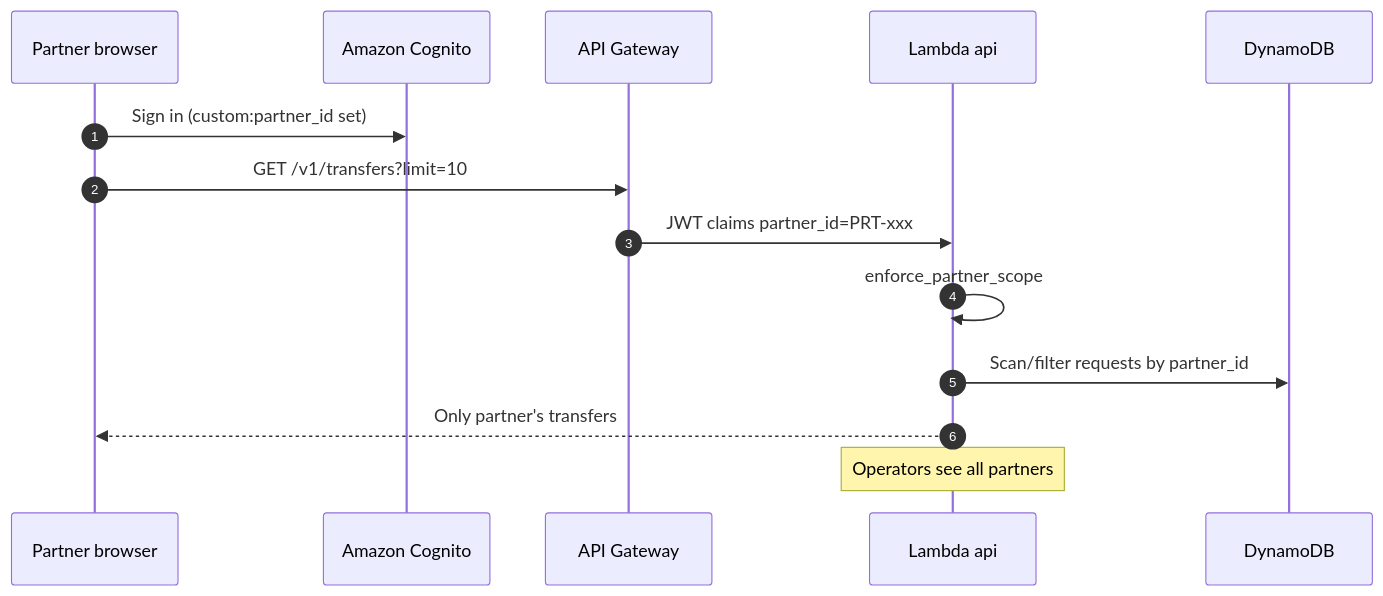
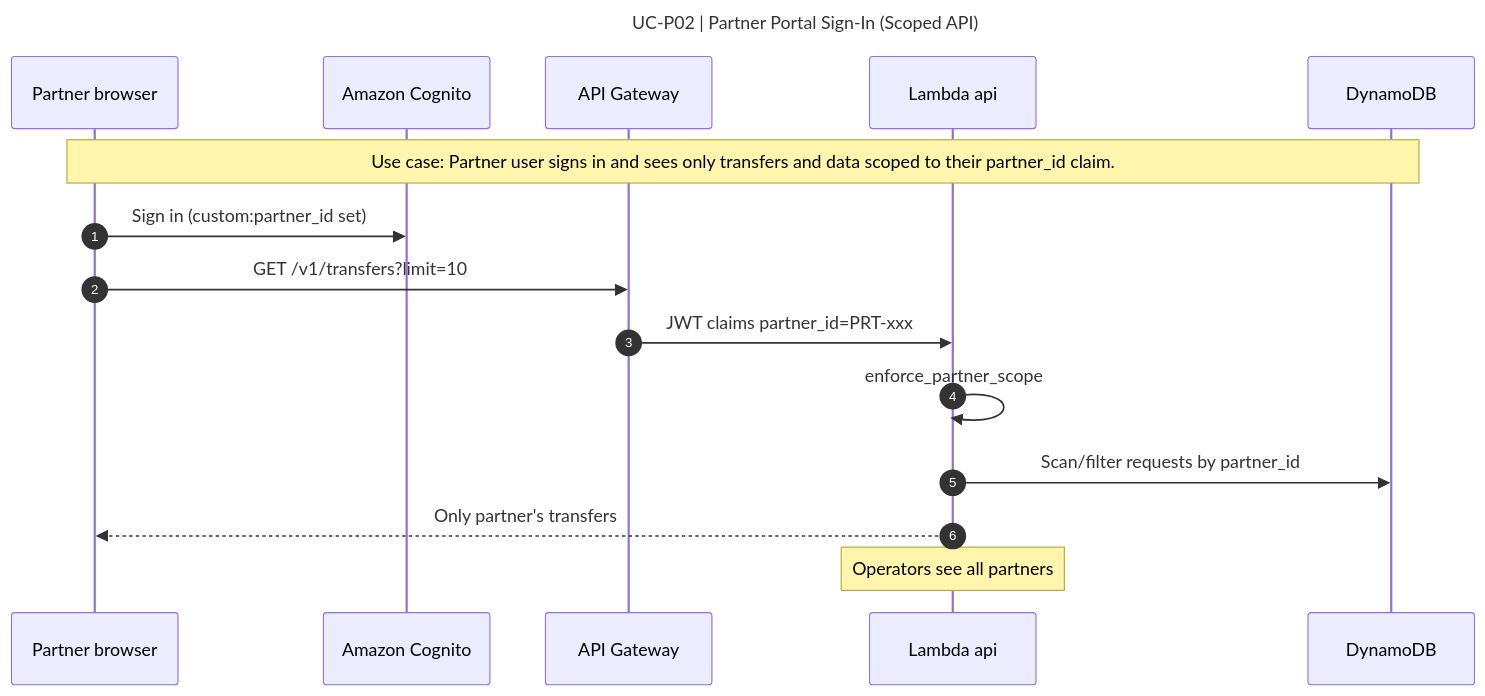
Before and after one commit to bayareala8s/BayRelayAI: the third of 31 diagrams in docs/SEQUENCE_DIAGRAMS.md, drawn with Mermaid. The commit also changed other lines of this file and 68 other files, not shown here.

First line of the commit message:
Add title and use-case labels to all sequence diagrams.

````diff
--- a/docs/SEQUENCE_DIAGRAMS.md
+++ b/docs/SEQUENCE_DIAGRAMS.md
@@ -112,17 +125,21 @@
 ```mermaid
+---
+title: UC-P02 | Partner Portal Sign-In (Scoped API)
+---
 sequenceDiagram
   autonumber
   participant P as Partner browser
   participant Cognito as Amazon Cognito
   participant APIGW as API Gateway
   participant API as Lambda api
   participant DDB as DynamoDB
+  Note over P,DDB: Use case: Partner user signs in and sees only transfers and data scoped to their partner_id claim.
 
   P->>Cognito: Sign in (custom:partner_id set)
   P->>APIGW: GET /v1/transfers?limit=10
   APIGW->>API: JWT claims partner_id=PRT-xxx
   API->>API: enforce_partner_scope
   API->>DDB: Scan/filter requests by partner_id
   API-->>P: Only partner's transfers
   Note over API: Operators see all partners
 ```
````
